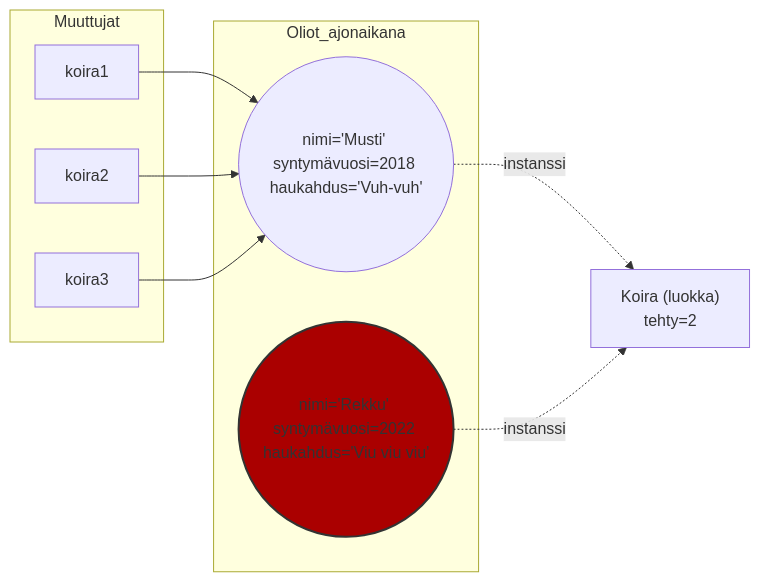
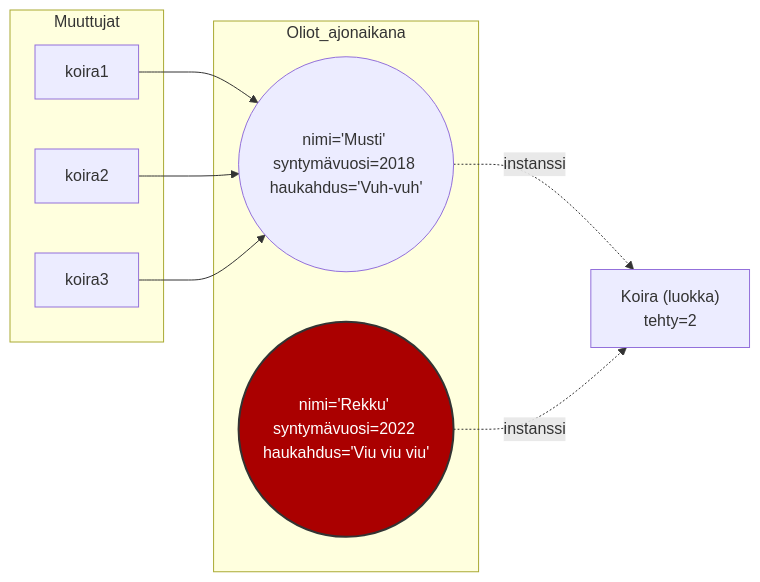
The fourth of 4 diagrams in fi/09_Olio-ohjelmoinnin_lähtökohdat.md (metropolia-sw/python), drawn with Mermaid before and after one commit.

Commit message:
Fix color property in mermaid flowchart definition

````diff
--- a/fi/09_Olio-ohjelmoinnin_lähtökohdat.md
+++ b/fi/09_Olio-ohjelmoinnin_lähtökohdat.md
@@ -219,23 +219,23 @@
 ```mermaid
 flowchart LR
-    classDef deleted fill:#aa0000,stroke:#333,stroke-width:2px;
+    classDef deleted fill:#aa0000,stroke:#333,stroke-width:2px,color:#fff;
     subgraph Muuttujat
         V1[koira1]
         V2[koira2]
         V3[koira3]
     end
 
     L["Koira (luokka)" <br> tehty=2]
 
     subgraph Oliot_ajonaikana
       O1((nimi='Musti' syntymävuosi=2018 haukahdus='Vuh-vuh'))
       O2((nimi='Rekku' syntymävuosi=2022 haukahdus='Viu viu viu')):::deleted
     end
 
     O1 -. instanssi .-> L
     O2 -. instanssi .-> L
 
     V1 --> O1
     V2 --> O1
     V3 --> O1
 ```
````
